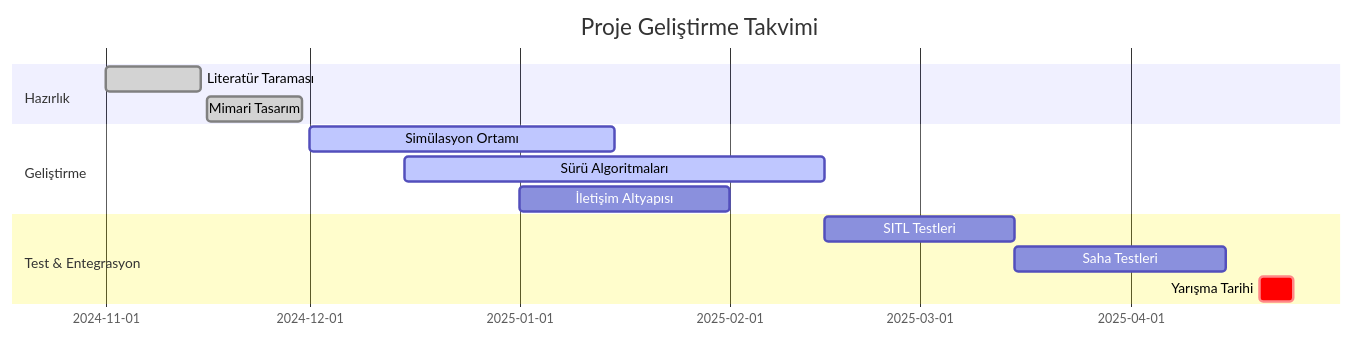
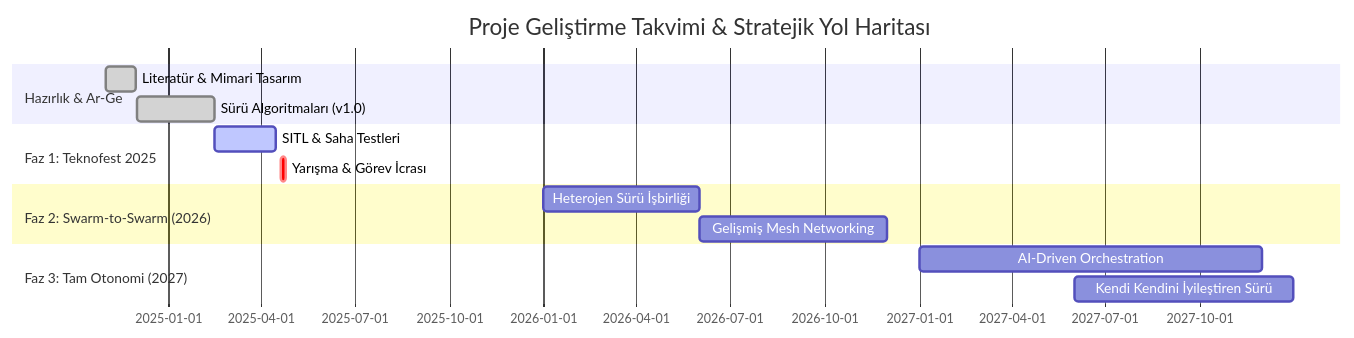
Before and after one commit to bahattinyunus/teknofest_suru_iha: the second of 2 diagrams in README.md, drawn with Mermaid. The commit also changed other lines of this file, not shown here.

Commit message:
docs: finalize README with hardware stack, 2027 roadmap, and headless sim guide

````diff
--- a/README.md
+++ b/README.md
@@ -191,16 +196,17 @@
 ```mermaid
 gantt
-    title Proje Geliştirme Takvimi
+    title Proje Geliştirme Takvimi & Stratejik Yol Haritası
     dateFormat  YYYY-MM-DD
-    section Hazırlık
-    Literatür Taraması       :done,    des1, 2024-11-01, 2024-11-15
-    Mimari Tasarım           :done,    des2, 2024-11-16, 2024-11-30
-    section Geliştirme
-    Simülasyon Ortamı        :active,  dev1, 2024-12-01, 2025-01-15
-    Sürü Algoritmaları       :active,  dev2, 2024-12-15, 2025-02-15
-    İletişim Altyapısı       :         dev3, 2025-01-01, 2025-02-01
-    section Test & Entegrasyon
-    SITL Testleri            :         tst1, 2025-02-15, 2025-03-15
-    Saha Testleri            :         tst2, 2025-03-15, 2025-04-15
-    Yarışma Tarihi           :crit,    event, 2025-04-20, 2025-04-25
+    section Hazırlık & Ar-Ge
+    Literatür & Mimari Tasarım   :done,    des1, 2024-11-01, 2024-11-30
+    Sürü Algoritmaları (v1.0)    :done,    dev1, 2024-12-01, 2025-02-15
+    section Faz 1: Teknofest 2025
+    SITL & Saha Testleri         :active,  tst1, 2025-02-15, 2025-04-15
+    Yarışma & Görev İcrası       :crit,    event, 2025-04-20, 2025-04-25
+    section Faz 2: Swarm-to-Swarm (2026)
+    Heterojen Sürü İşbirliği     :         rd2, 2026-01-01, 2026-06-01
+    Gelişmiş Mesh Networking     :         rd3, 2026-06-01, 2026-12-01
+    section Faz 3: Tam Otonomi (2027)
+    AI-Driven Orchestration      :         rd4, 2027-01-01, 2027-12-01
+    Kendi Kendini İyileştiren Sürü:        rd5, 2027-06-01, 2027-12-31
 ```
````
